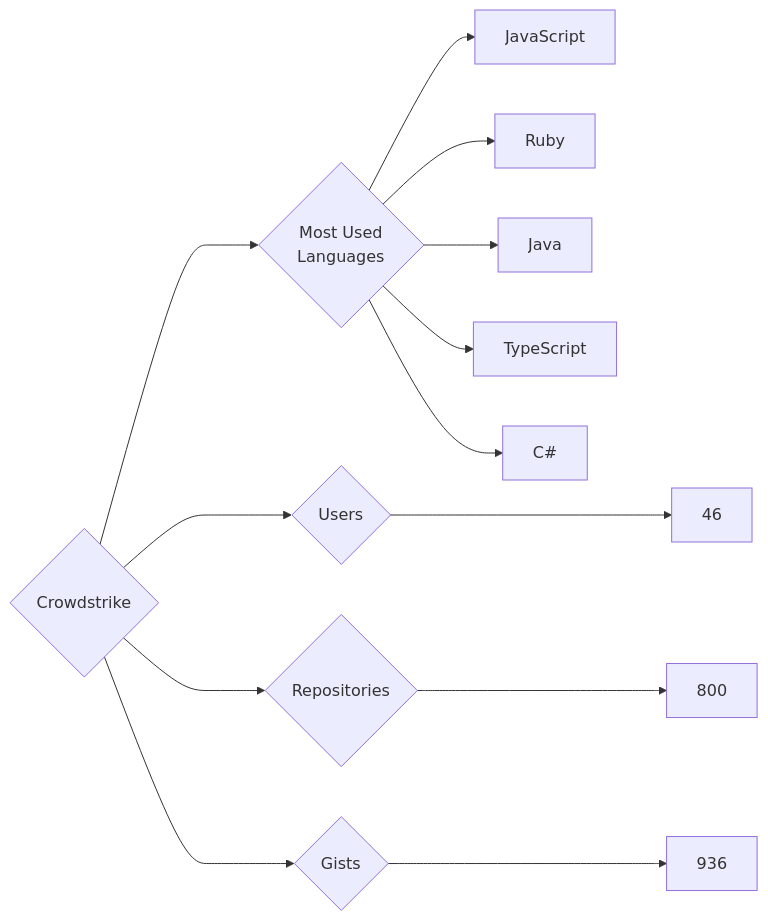
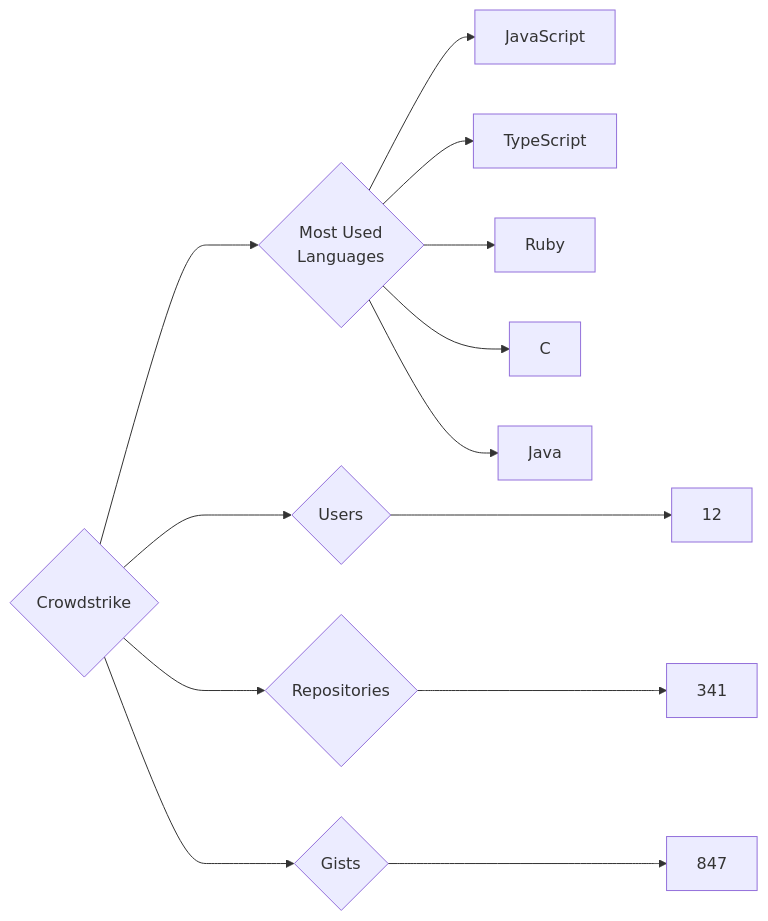
One commit to trickest/insiders changed the diagram in targets/Crowdstrike/README.md. Above: the diagram before and after it, drawn with Mermaid. The commit also changed 610 other files, not shown here.

````diff
--- a/targets/Crowdstrike/README.md
+++ b/targets/Crowdstrike/README.md
@@ -3,13 +3,13 @@
 ```mermaid
 graph LR
 COMPANY_NAME{Crowdstrike}
-COMPANY_NAME ---> U{Users} ---> UN[46]
-COMPANY_NAME ---> R{Repositories} ---> RN[800]
-COMPANY_NAME ---> G{Gists} ---> GN[936]
+COMPANY_NAME ---> U{Users} ---> UN[12]
+COMPANY_NAME ---> R{Repositories} ---> RN[341]
+COMPANY_NAME ---> G{Gists} ---> GN[847]
 COMPANY_NAME ---> ML{Most Used<br>Languages}
 ML --> JavaScript[JavaScript]
+ML --> TypeScript[TypeScript]
 ML --> Ruby[Ruby]
+ML --> C[C]
 ML --> Java[Java]
-ML --> TypeScript[TypeScript]
-ML --> C#[C#]
 ```
````
